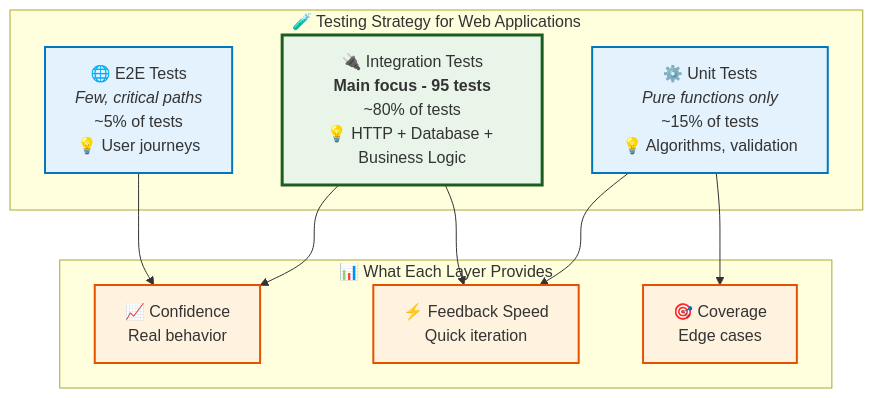
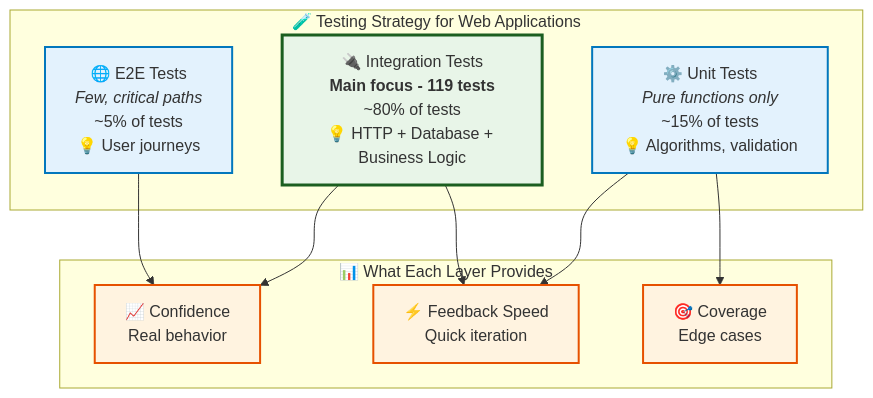
One commit to quanhua92/rust-fullstack-starter changed the first of 2 diagrams in docs/guides/08-testing.md. Above: the diagram before and after it, drawn with Mermaid. The commit also changed other lines of this file and 11 other files, not shown here.

````diff
--- a/docs/guides/08-testing.md
+++ b/docs/guides/08-testing.md
@@ -54,30 +54,30 @@
 ```mermaid
 graph TD
     subgraph "🧪 Testing Strategy for Web Applications"
         E2E[🌐 E2E Tests<br/><i>Few, critical paths</i><br/>~5% of tests<br/>💡 User journeys]
         
-        INTEGRATION[🔌 Integration Tests<br/><b>Main focus - 95 tests</b><br/>~80% of tests<br/>💡 HTTP + Database + Business Logic]
+        INTEGRATION[🔌 Integration Tests<br/><b>Main focus - 119 tests</b><br/>~80% of tests<br/>💡 HTTP + Database + Business Logic]
         
         UNIT[⚙️ Unit Tests<br/><i>Pure functions only</i><br/>~15% of tests<br/>💡 Algorithms, validation]
     end
     
     subgraph "📊 What Each Layer Provides"
         CONFIDENCE[📈 Confidence<br/>Real behavior]
         SPEED[⚡ Feedback Speed<br/>Quick iteration]
         COVERAGE[🎯 Coverage<br/>Edge cases]
     end
     
     E2E --> CONFIDENCE
     INTEGRATION --> CONFIDENCE
     INTEGRATION --> SPEED
     UNIT --> SPEED
     UNIT --> COVERAGE
     
     classDef main fill:#e8f5e8,stroke:#1b5e20,stroke-width:3px
     classDef support fill:#e3f2fd,stroke:#0277bd,stroke-width:2px
     classDef benefit fill:#fff3e0,stroke:#e65100,stroke-width:2px
     
     class INTEGRATION main
     class E2E,UNIT support
     class CONFIDENCE,SPEED,COVERAGE benefit
 ```
````
